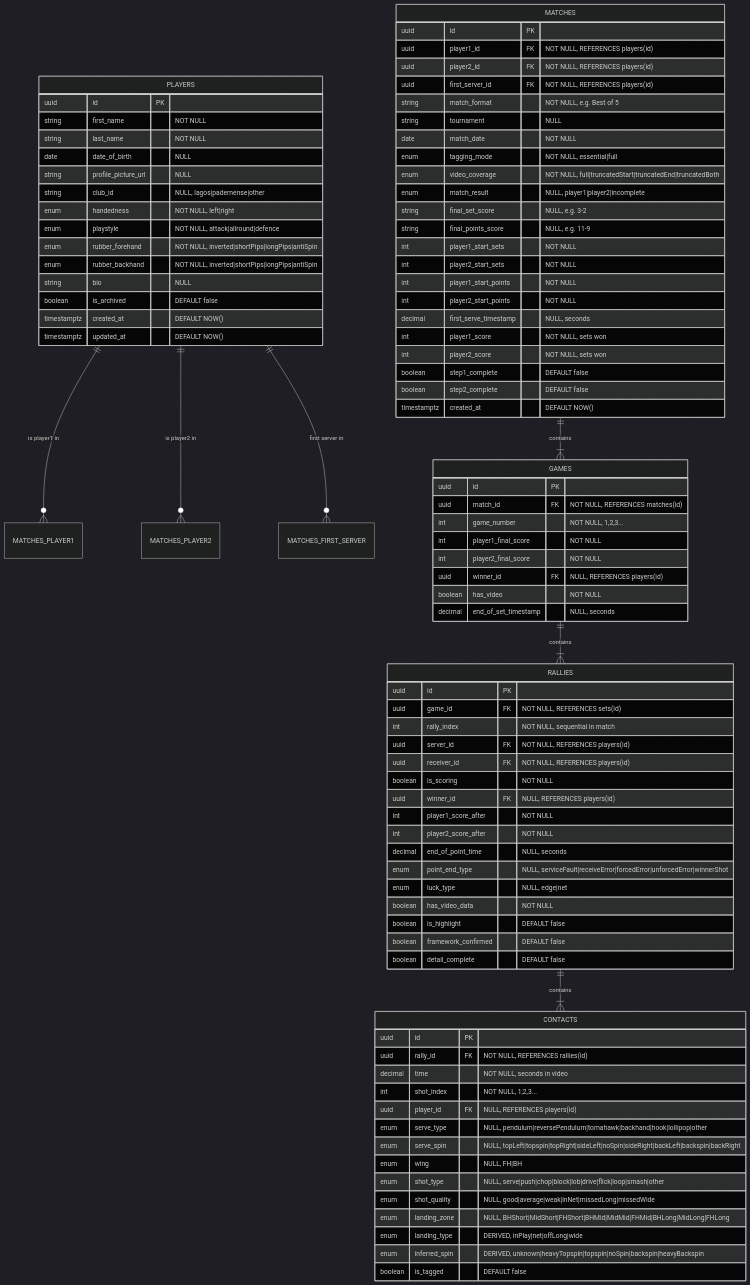
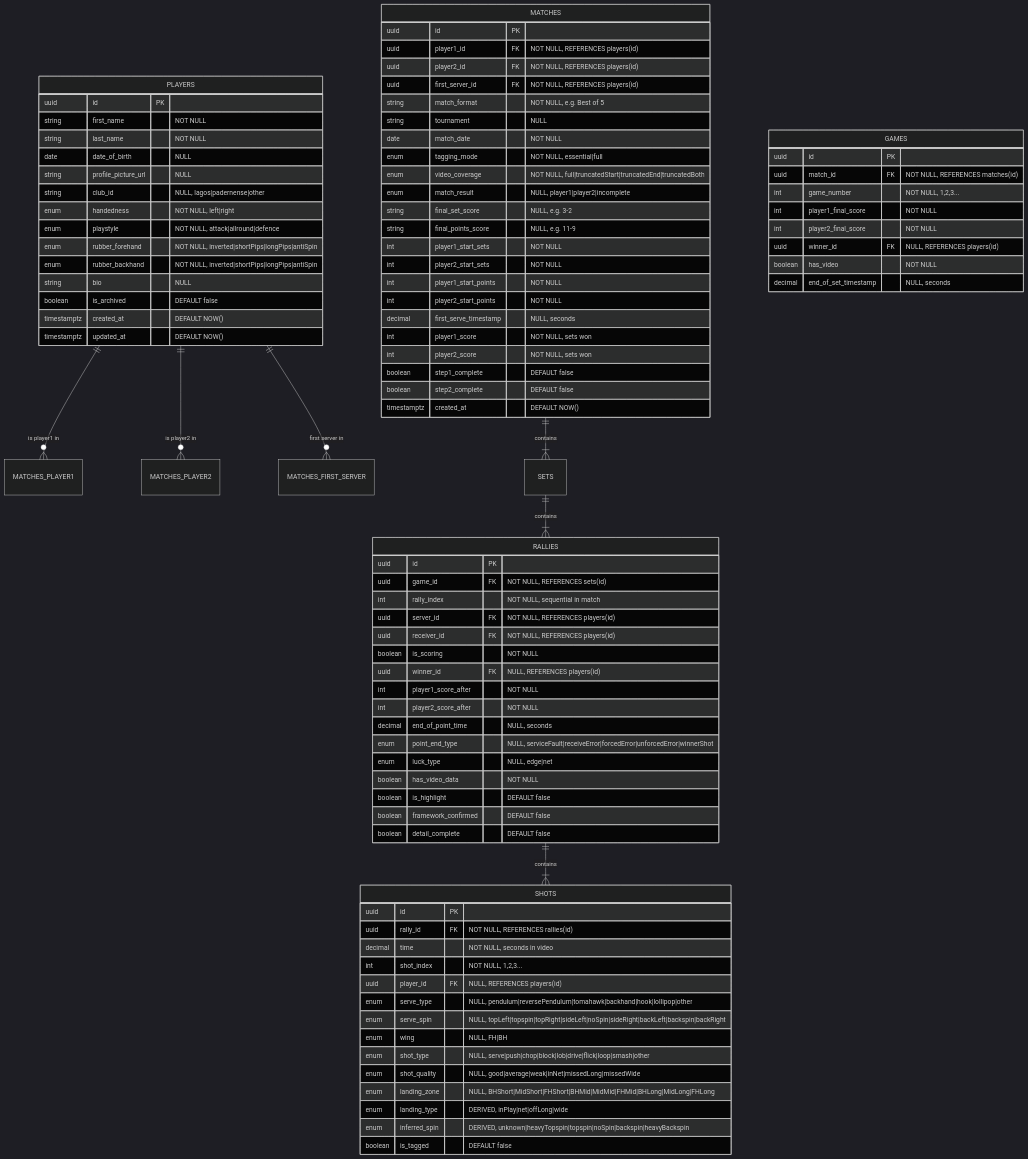
The second of 2 diagrams in docs-match-analyser-edge-tt/specs/DatabaseERD.md (donpauleone69/match-analyser-edge-tt), drawn with Mermaid (dark theme) before and after one commit. The commit also changed other lines of this file, not shown here.

First line of the commit message:
docs: Update ERD to show current localStorage vs future database

```diff
--- a/docs-match-analyser-edge-tt/specs/DatabaseERD.md
+++ b/docs-match-analyser-edge-tt/specs/DatabaseERD.md
@@ -19,9 +120,9 @@
     PLAYERS ||--o{ MATCHES_PLAYER1 : "is player1 in"
     PLAYERS ||--o{ MATCHES_PLAYER2 : "is player2 in"
     PLAYERS ||--o{ MATCHES_FIRST_SERVER : "first server in"
-    MATCHES ||--|{ GAMES : "contains"
-    GAMES ||--|{ RALLIES : "contains"
-    RALLIES ||--|{ CONTACTS : "contains"
+    MATCHES ||--|{ SETS : "contains"
+    SETS ||--|{ RALLIES : "contains"
+    RALLIES ||--|{ SHOTS : "contains"
 
     PLAYERS {
         uuid id PK
@@ -95,7 +196,7 @@
         boolean detail_complete "DEFAULT false"
     }
 
-    CONTACTS {
+    SHOTS {
         uuid id PK
         uuid rally_id FK "NOT NULL, REFERENCES rallies(id)"
         decimal time "NOT NULL, seconds in video"
```
